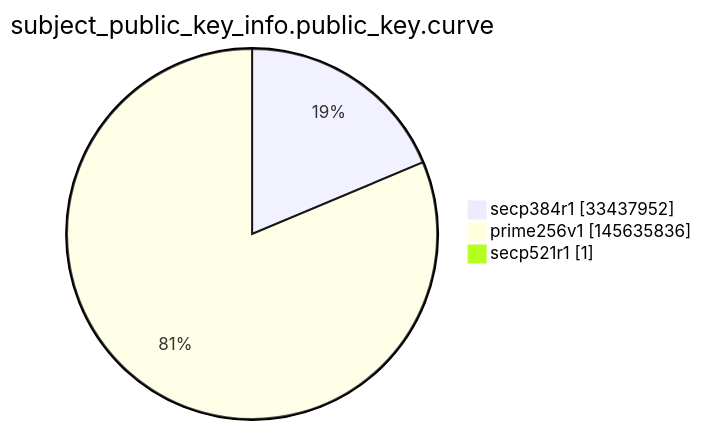
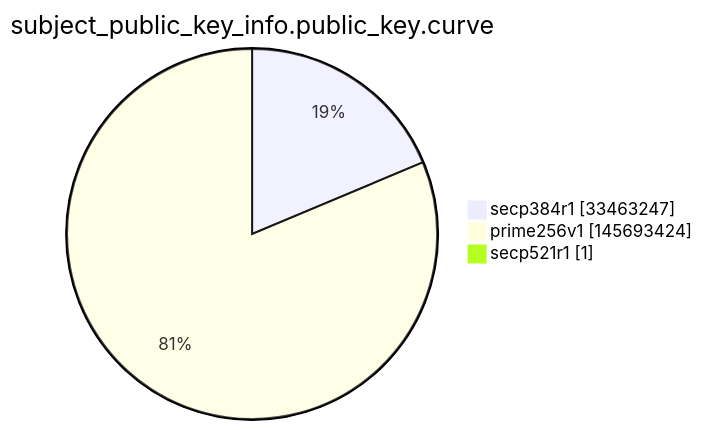
The ninth of 15 diagrams in argon2022/README.md (christiankrug/ctmonitor_visualization), drawn with Mermaid before and after one commit. The commit also changed other lines of this file, not shown here.

````diff
--- a/argon2022/README.md
+++ b/argon2022/README.md
@@ -2764,7 +2764,7 @@
 ```mermaid
 pie showData
 title subject_public_key_info.public_key.curve
-"secp384r1" :33437952
-"prime256v1" :145635836
+"secp384r1" :33463247
+"prime256v1" :145693424
 "secp521r1" :1
 ```
````
